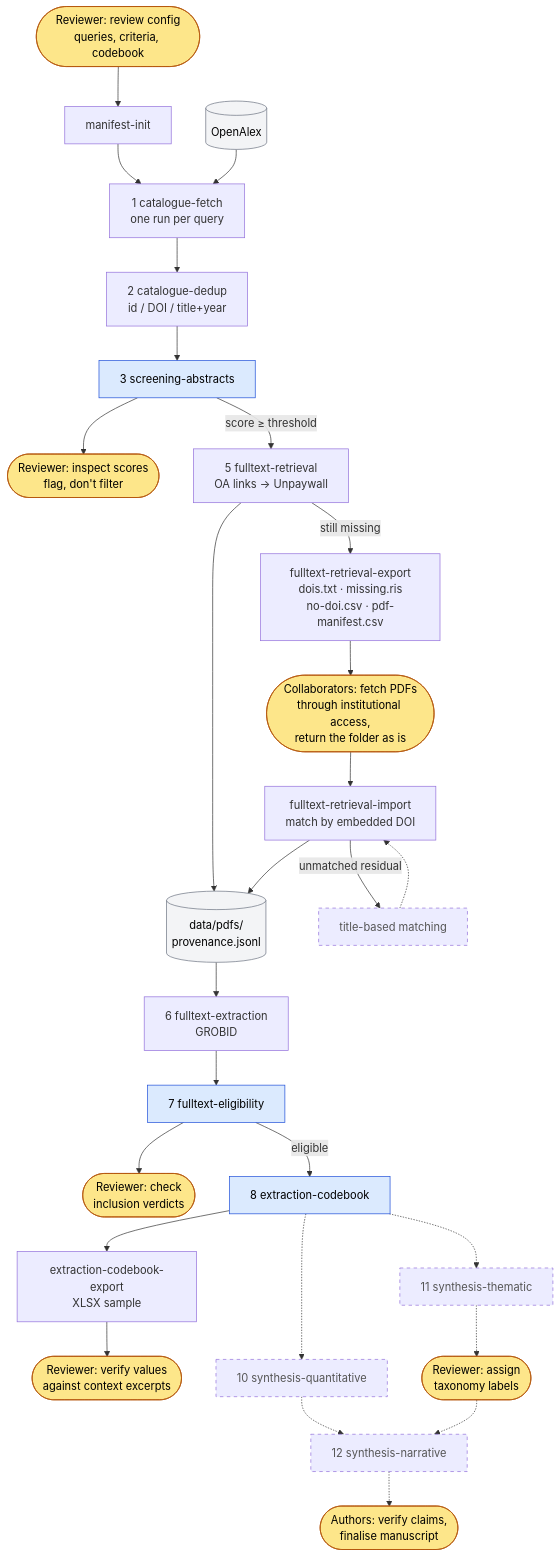
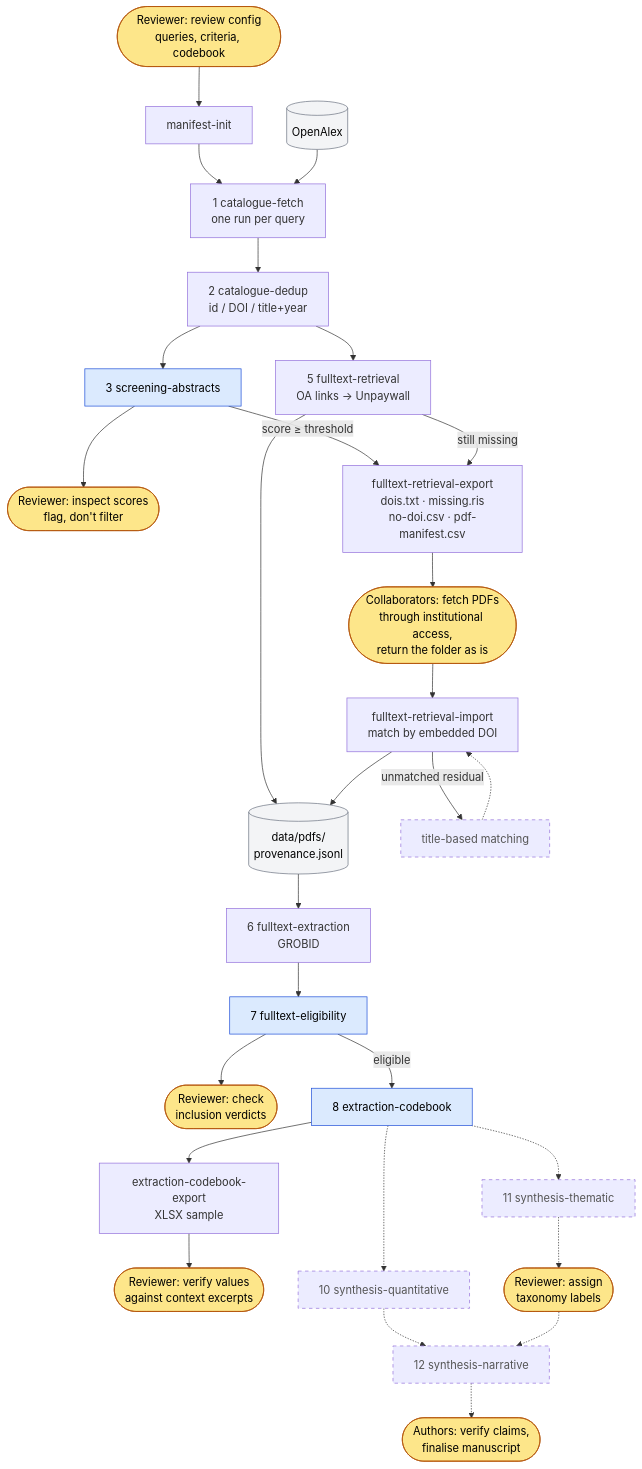
Before and after one commit to geomar-od-lagrange/2026_laglitsynth: the diagram in docs/pipeline.md, drawn with Mermaid. The commit also changed other lines of this file and 40 other files, not shown here.

````diff
--- a/docs/pipeline.md
+++ b/docs/pipeline.md
@@ -209,41 +208,42 @@
 ```mermaid
 flowchart TD
     classDef human fill:#fde68a,stroke:#b45309,color:#000
     classDef llm fill:#dbeafe,stroke:#1d4ed8,color:#000
     classDef store fill:#f3f4f6,stroke:#6b7280,color:#000
     classDef planned stroke-dasharray: 5 5,color:#555
 
     H0([Reviewer: review config<br/>queries, criteria, codebook]):::human
     H0 --> INIT[manifest-init]
     INIT --> FETCH
     OA[(OpenAlex)]:::store --> FETCH
 
     FETCH[1 catalogue-fetch<br/>one run per query]
     FETCH --> DEDUP[2 catalogue-dedup<br/>id / DOI / title+year]
     DEDUP --> SCREEN[3 screening-abstracts]:::llm
     SCREEN --> H3([Reviewer: inspect scores<br/>flag, don't filter]):::human
 
-    SCREEN -->|score ≥ threshold| RETR[5 fulltext-retrieval<br/>OA links → Unpaywall]
+    DEDUP --> RETR[5 fulltext-retrieval<br/>OA links → Unpaywall]
     RETR --> PDFS[(data/pdfs/<br/>provenance.jsonl)]:::store
+    SCREEN -->|score ≥ threshold| EXPORT
     RETR -->|still missing| EXPORT[fulltext-retrieval-export<br/>dois.txt · missing.ris<br/>no-doi.csv · pdf-manifest.csv]
     EXPORT --> H5([Collaborators: fetch PDFs<br/>through institutional access,<br/>return the folder as is]):::human
     H5 --> IMPORT[fulltext-retrieval-import<br/>match by embedded DOI]
     IMPORT --> PDFS
     IMPORT -->|unmatched residual| TM[title-based matching]:::planned
     TM -.-> IMPORT
 
     PDFS --> GROBID[6 fulltext-extraction<br/>GROBID]
     GROBID --> ELIG[7 fulltext-eligibility]:::llm
     ELIG --> H7([Reviewer: check<br/>inclusion verdicts]):::human
 
     ELIG -->|eligible| CODE[8 extraction-codebook]:::llm
     CODE --> CX[extraction-codebook-export<br/>XLSX sample]
     CX --> H8([Reviewer: verify values<br/>against context excerpts]):::human
 
     CODE -.-> QS[10 synthesis-quantitative]:::planned
     CODE -.-> TS[11 synthesis-thematic]:::planned
     TS -.-> H11([Reviewer: assign<br/>taxonomy labels]):::human
     QS -.-> NARR[12 synthesis-narrative]:::planned
     H11 -.-> NARR
     NARR -.-> H12([Authors: verify claims,<br/>finalise manuscript]):::human
 ```
````
